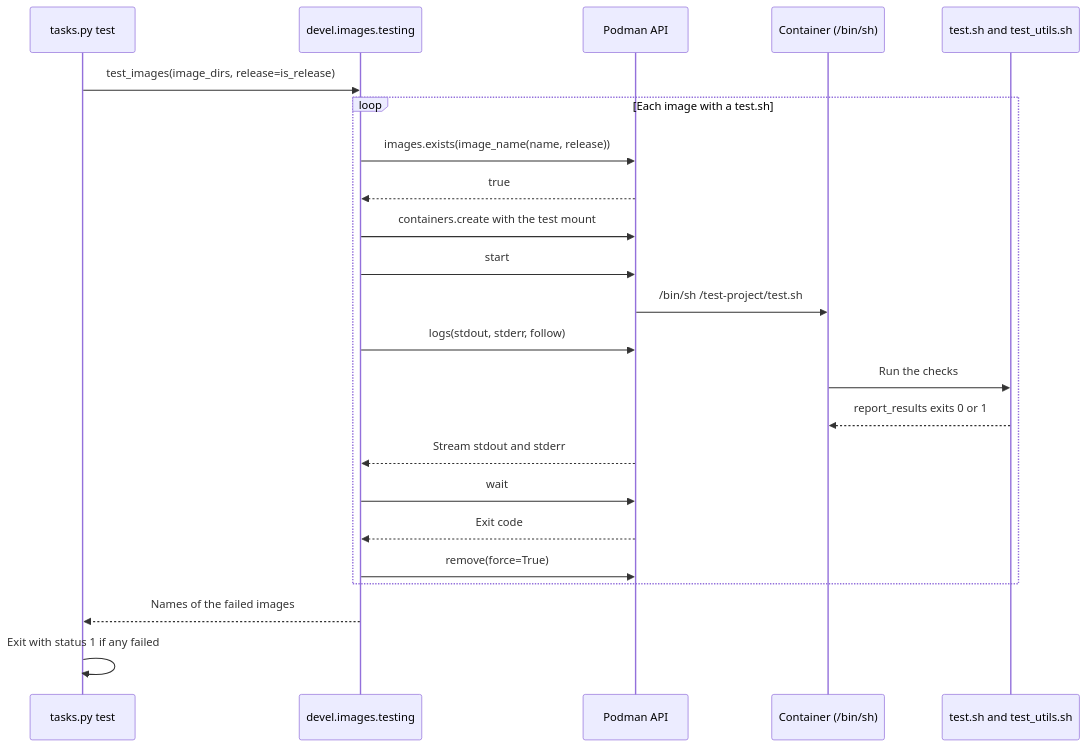
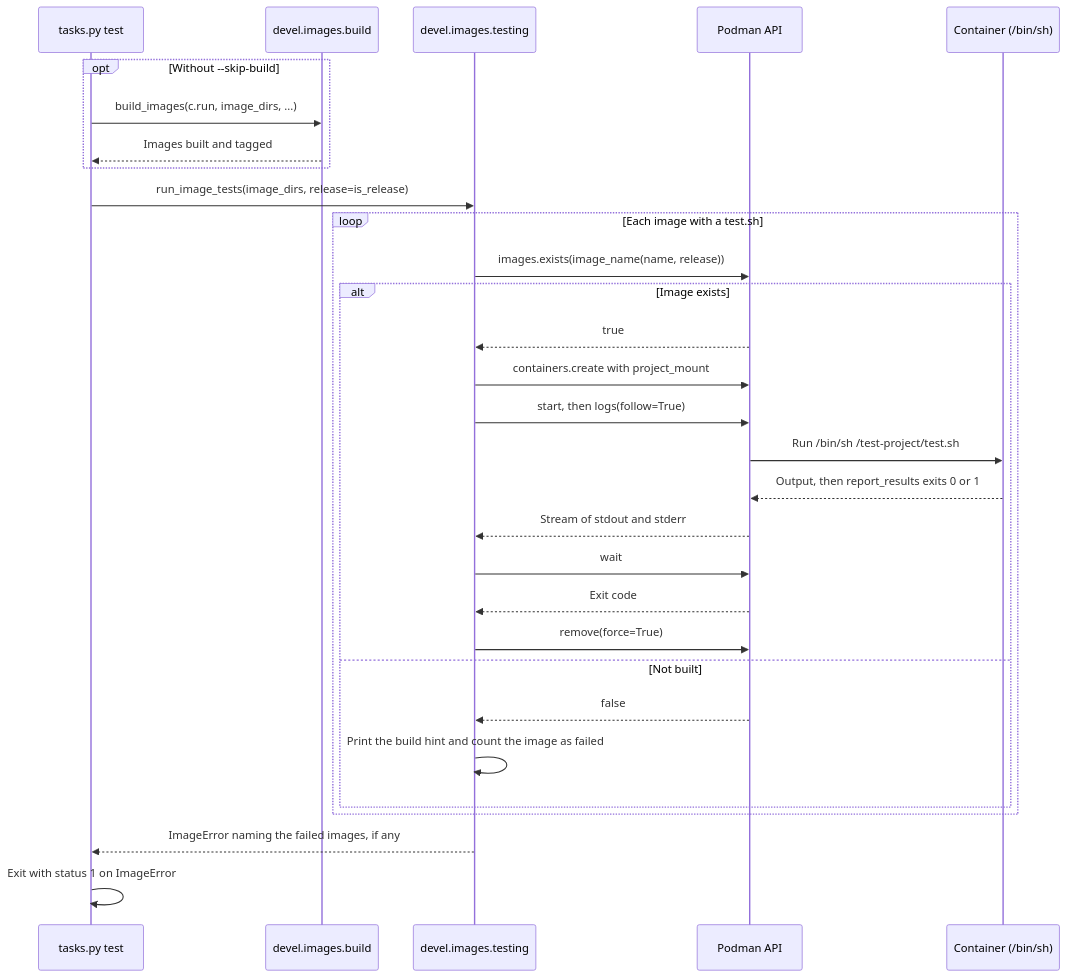
Before and after one commit to froazin/devcontainers: the diagram in docs/container-images/tests.md, drawn with Mermaid. The commit also changed other lines of this file and 12 other files, not shown here.

````diff
--- a/docs/container-images/tests.md
+++ b/docs/container-images/tests.md
@@ -27,27 +27,34 @@
 ```mermaid
 sequenceDiagram
     accTitle: Running the image tests
-    accDescr: The test task calls test_images, which asks podman for each image's dev build, or its release build with --is-release, creates a container that runs test.sh, streams its output, waits for its exit code and removes it. The task fails when any image failed.
+    accDescr: The test task builds the images first unless it's given --skip-build, then calls run_image_tests. For each image with a test.sh, run_image_test asks podman whether the dev build, or the release build with --is-release, exists. If it does, run_image_test creates a container that runs test.sh, and run_container streams its output, waits for its exit code and removes it. If it doesn't, run_image_test prints how to build it, and the image counts as failed. After the last image, run_image_tests raises ImageError naming the images that failed, and the task exits with status 1.
     participant Task as tasks.py test
+    participant Build as devel.images.build
     participant Testing as devel.images.testing
     participant Podman as Podman API
     participant Container as Container (/bin/sh)
-    participant Script as test.sh and test_utils.sh
-    Task->>Testing: test_images(image_dirs, release=is_release)
+    opt Without --skip-build
+        Task->>Build: build_images(c.run, image_dirs, ...)
+        Build-->>Task: Images built and tagged
+    end
+    Task->>Testing: run_image_tests(image_dirs, release=is_release)
     loop Each image with a test.sh
         Testing->>Podman: images.exists(image_name(name, release))
-        Podman-->>Testing: true
-        Testing->>Podman: containers.create with the test mount
-        Testing->>Podman: start
-        Podman->>Container: /bin/sh /test-project/test.sh
-        Testing->>Podman: logs(stdout, stderr, follow)
-        Container->>Script: Run the checks
-        Script-->>Container: report_results exits 0 or 1
-        Podman-->>Testing: Stream stdout and stderr
-        Testing->>Podman: wait
-        Podman-->>Testing: Exit code
-        Testing->>Podman: remove(force=True)
+        alt Image exists
+            Podman-->>Testing: true
+            Testing->>Podman: containers.create with project_mount
+            Testing->>Podman: start, then logs(follow=True)
+            Podman->>Container: Run /bin/sh /test-project/test.sh
+            Container-->>Podman: Output, then report_results exits 0 or 1
+            Podman-->>Testing: Stream of stdout and stderr
+            Testing->>Podman: wait
+            Podman-->>Testing: Exit code
+            Testing->>Podman: remove(force=True)
+        else Not built
+            Podman-->>Testing: false
+            Testing->>Testing: Print the build hint and count the image as failed
+        end
     end
-    Testing-->>Task: Names of the failed images
-    Task->>Task: Exit with status 1 if any failed
+    Testing-->>Task: ImageError naming the failed images, if any
+    Task->>Task: Exit with status 1 on ImageError
 ```
````
